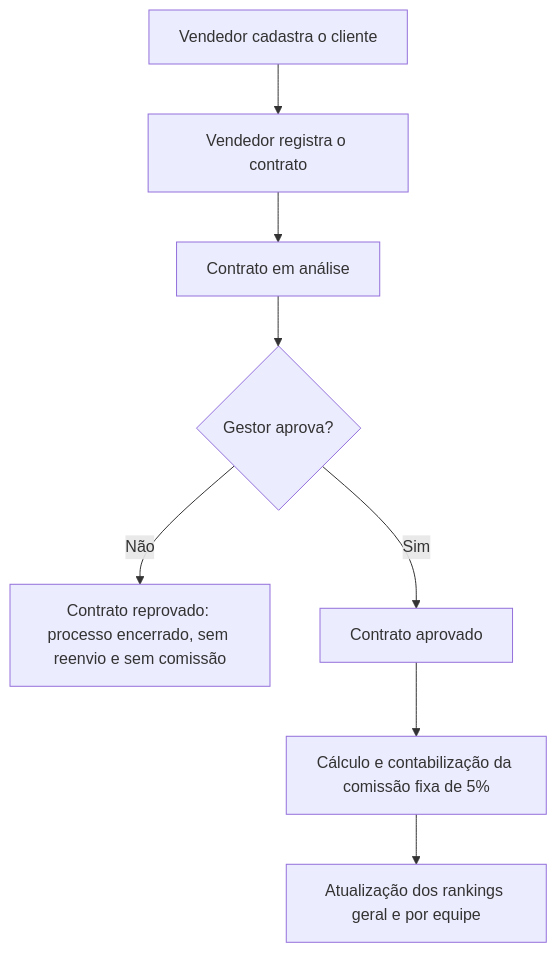
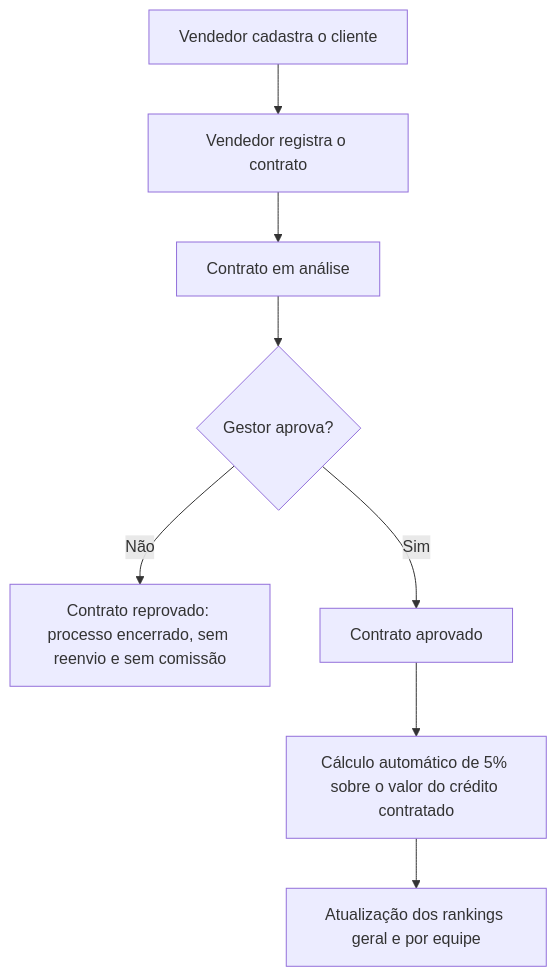
The diagram in README.md (KauanRodolfo/Pim-2-ADS), drawn with Mermaid before and after one commit. The commit also changed other lines of this file, not shown here.

````diff
--- a/README.md
+++ b/README.md
@@ -55,10 +55,10 @@
 ```mermaid
 flowchart TD
     A["Vendedor cadastra o cliente"] --> B["Vendedor registra o contrato"]
     B --> C["Contrato em análise"]
     C --> D{"Gestor aprova?"}
     D -- "Não" --> E["Contrato reprovado: processo encerrado, sem reenvio e sem comissão"]
     D -- "Sim" --> G["Contrato aprovado"]
-    G --> H["Cálculo e contabilização da comissão fixa de 5%"]
+    G --> H["Cálculo automático de 5% sobre o valor do crédito contratado"]
     H --> I["Atualização dos rankings geral e por equipe"]
 ```
````
